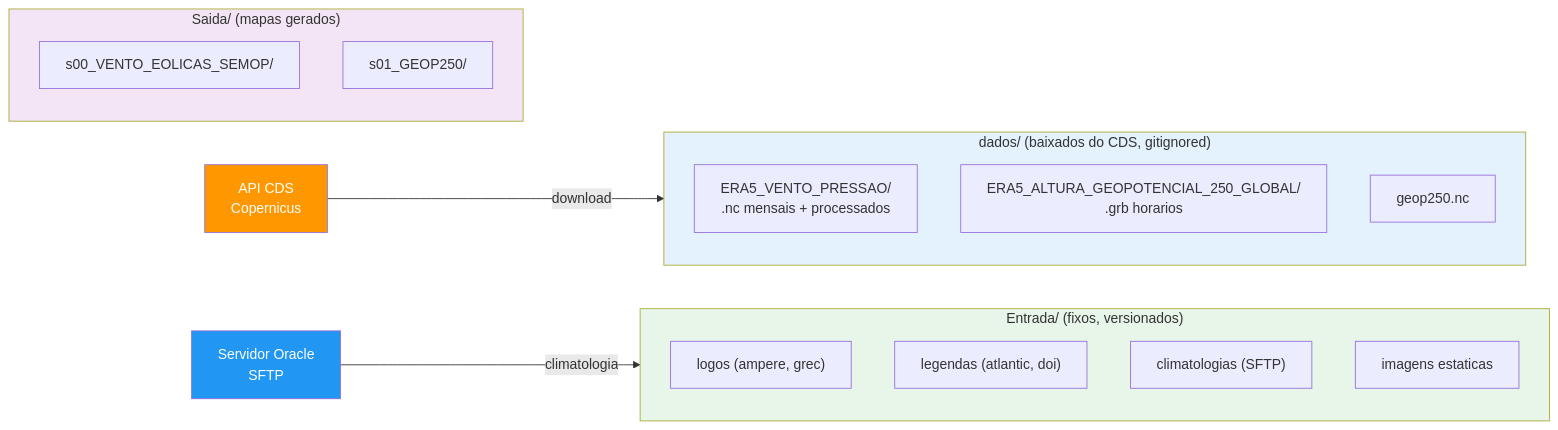
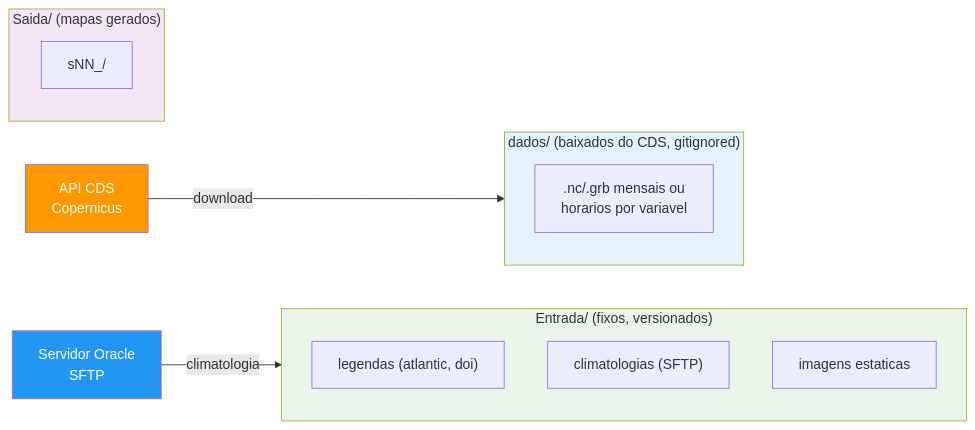
One commit to capucinbruno/campos_e_graficos_artigos_cientificos changed the third of 3 diagrams in README.md. Above: the diagram before and after it, drawn with Mermaid. The commit also changed other lines of this file and 251 other files, not shown here.

First line of the commit message:
remove: scripts s00-s49 herdados de clone, script vento100m e logos; rebranding do projeto

````diff
--- a/README.md
+++ b/README.md
@@ -320,29 +233,25 @@
 ```mermaid
 flowchart LR
     subgraph entrada ["Entrada/ (fixos, versionados)"]
-        E1["logos (ampere, grec)"]
-        E2["legendas (atlantic, doi)"]
-        E3["climatologias (SFTP)"]
-        E4["imagens estaticas"]
+        E1["legendas (atlantic, doi)"]
+        E2["climatologias (SFTP)"]
+        E3["imagens estaticas"]
     end
 
     subgraph dados ["dados/ (baixados do CDS, gitignored)"]
-        D1["ERA5_VENTO_PRESSAO/<br/>.nc mensais + processados"]
-        D2["ERA5_ALTURA_GEOPOTENCIAL_250_GLOBAL/<br/>.grb horarios"]
-        D3["geop250.nc"]
+        D1[".nc/.grb mensais ou<br/>horarios por variavel"]
     end
 
     subgraph saida ["Saida/ (mapas gerados)"]
-        S1["s00_VENTO_EOLICAS_SEMOP/"]
-        S2["s01_GEOP250/"]
+        S1["sNN_<descricao>/"]
     end
 
     CDS["API CDS<br/>Copernicus"] -->|download| dados
     SFTP["Servidor Oracle<br/>SFTP"] -->|climatologia| entrada
 
     style entrada fill:#E8F5E9
     style dados fill:#E3F2FD
     style saida fill:#F3E5F5
     style CDS fill:#FF9800,color:#fff
     style SFTP fill:#2196F3,color:#fff
 ```
````
